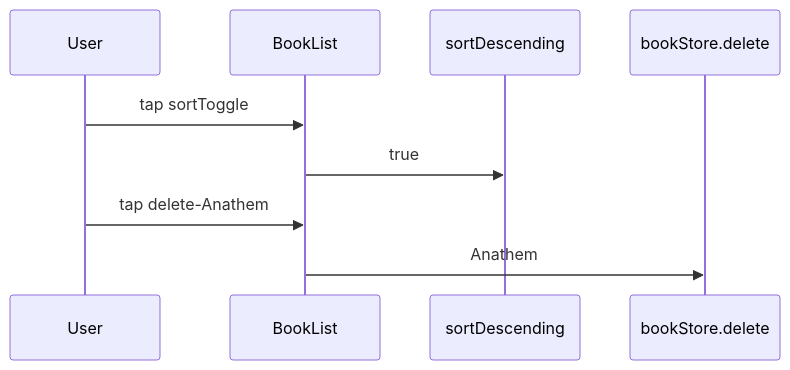
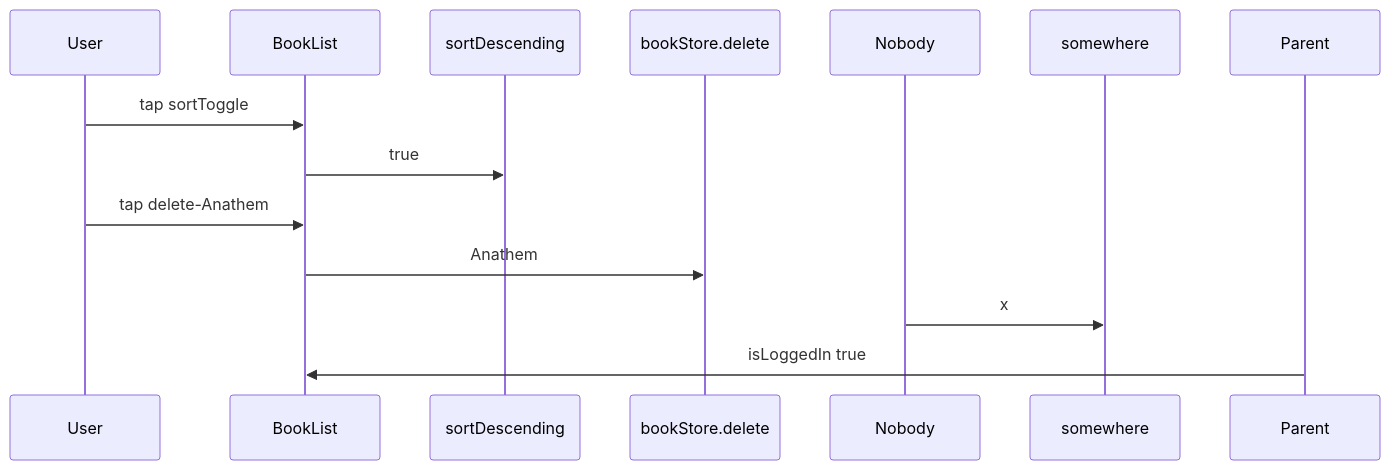
Before and after one commit to sisoje/hypermodular: the diagram in hypermodular/scripts/fixtures/broken/ReadingListScreen/BookList/MAP.md, drawn with Mermaid. The commit also changed 5 other files, not shown here.

````diff
--- a/hypermodular/scripts/fixtures/broken/ReadingListScreen/BookList/MAP.md
+++ b/hypermodular/scripts/fixtures/broken/ReadingListScreen/BookList/MAP.md
@@ -3,9 +3,11 @@
 ```mermaid
 %% Evidence: BookList · Parent: ReadingListScreen (../MAP.md)
 %% Given: @Query [Dune, Anathem] · sortDescending false
 sequenceDiagram
     User->>BookList: tap sortToggle
     BookList->>sortDescending: true
     User->>BookList: tap delete-Anathem
     BookList->>bookStore.delete: Anathem
+    Nobody->>somewhere: x
+    Parent->>BookList: isLoggedIn true
 ```
````
